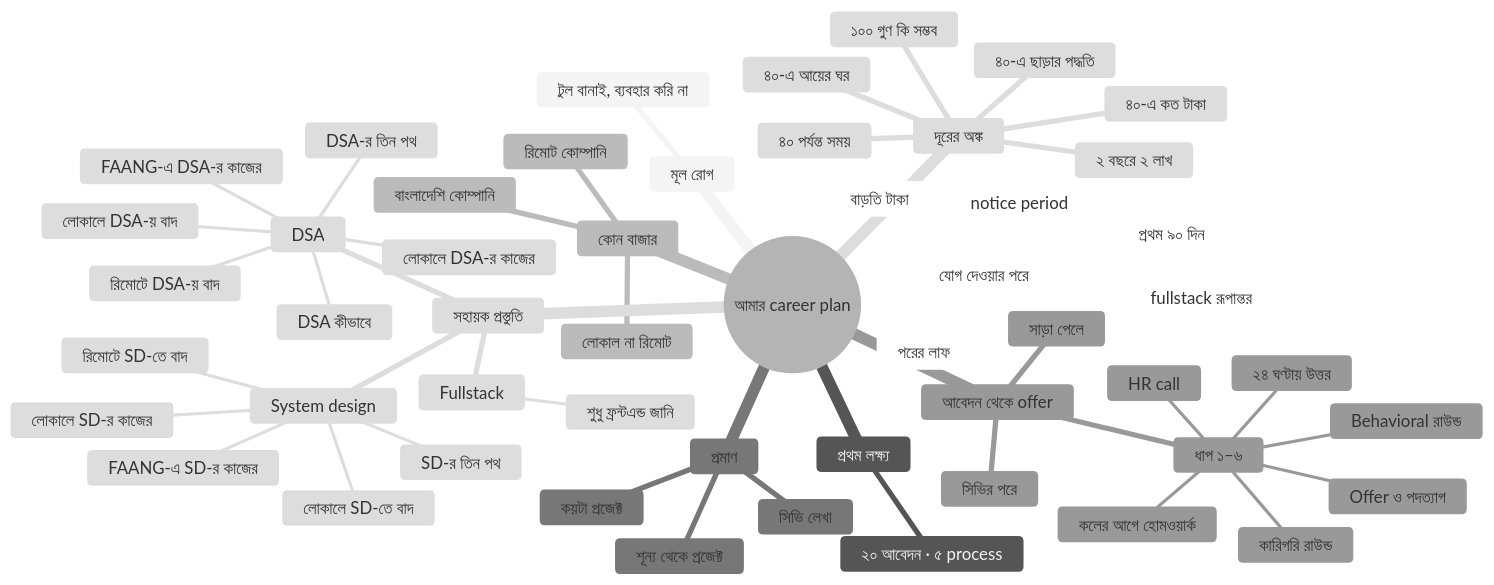
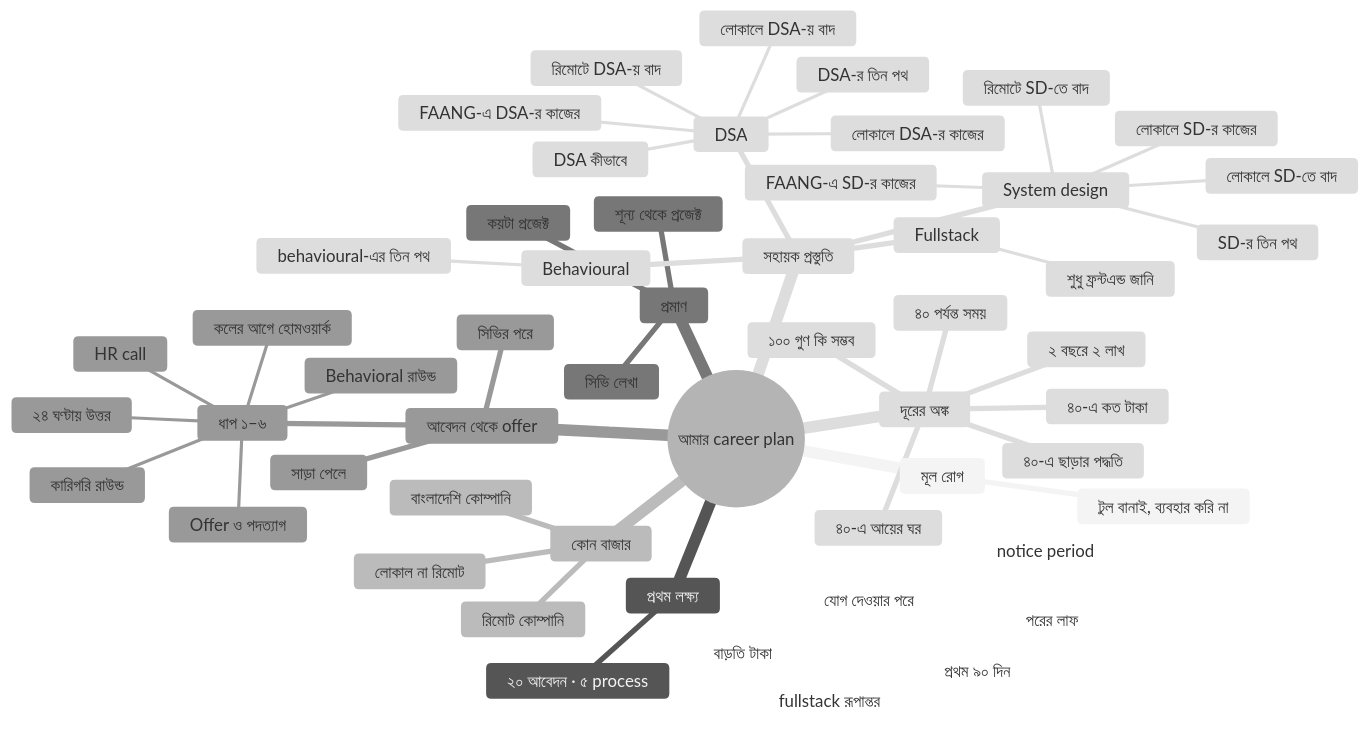
The diagram in thought-map.md (sojibrd/brainstorming), drawn with Mermaid (neutral theme) before and after one commit. The commit also changed other lines of this file and 2 other files, not shown here.

Commit message:
Add behavioural-how-many-paths and record the three behavioural sites

````diff
--- a/thought-map.md
+++ b/thought-map.md
@@ -11,55 +11,57 @@
 ```mermaid
 mindmap
   root((আমার career plan))
     মূল রোগ
       টুল বানাই, ব্যবহার করি না
     প্রথম লক্ষ্য
       ২০ আবেদন · ৫ process
     কোন বাজার
       লোকাল না রিমোট
       বাংলাদেশি কোম্পানি
       রিমোট কোম্পানি
     প্রমাণ
       কয়টা প্রজেক্ট
       শূন্য থেকে প্রজেক্ট
       সিভি লেখা
     আবেদন থেকে offer
       সিভির পরে
       সাড়া পেলে
       ধাপ ১–৬
         ২৪ ঘণ্টায় উত্তর
         কলের আগে হোমওয়ার্ক
         HR call
         কারিগরি রাউন্ড
         Behavioral রাউন্ড
         Offer ও পদত্যাগ
     সহায়ক প্রস্তুতি
       DSA
         DSA কীভাবে
         DSA-র তিন পথ
         লোকালে DSA-র কাজের
         FAANG-এ DSA-র কাজের
         লোকালে DSA-য় বাদ
         রিমোটে DSA-য় বাদ
       System design
         SD-র তিন পথ
         লোকালে SD-র কাজের
         FAANG-এ SD-র কাজের
         লোকালে SD-তে বাদ
         রিমোটে SD-তে বাদ
+      Behavioural
+        behavioural-এর তিন পথ
       Fullstack
         শুধু ফ্রন্টএন্ড জানি
     যোগ দেওয়ার পরে
       notice period
       প্রথম ৯০ দিন
       বাড়তি টাকা
       fullstack রূপান্তর
       পরের লাফ
     দূরের অঙ্ক
       ২ বছরে ২ লাখ
       ৪০ পর্যন্ত সময়
       ৪০-এ ছাড়ার পদ্ধতি
       ৪০-এ কত টাকা
       ১০০ গুণ কি সম্ভব
       ৪০-এ আয়ের ঘর
 ```
````
